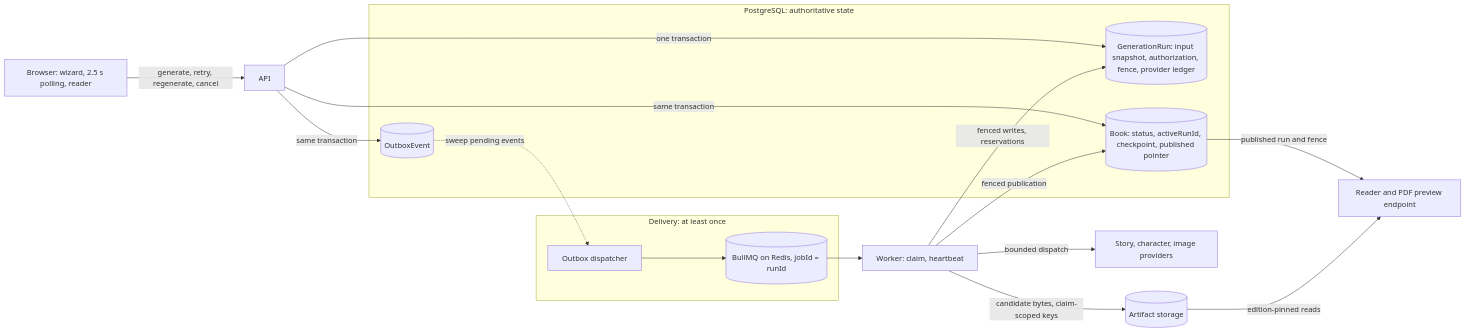
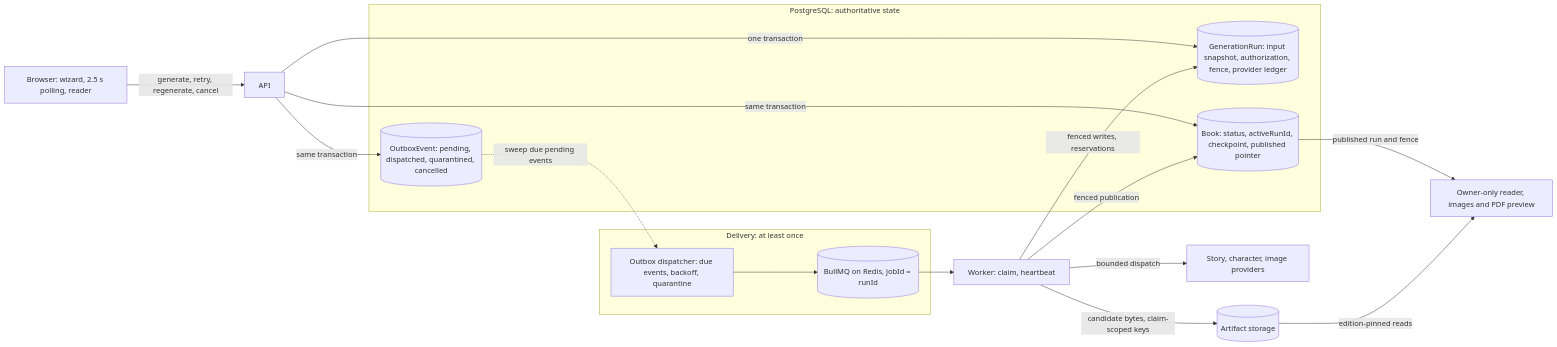
Before and after one commit to AlexTikhon/ai-agent_StoryMe: the first of 2 diagrams in docs/generation-case-study.md, drawn with Mermaid. The commit also changed other lines of this file and 8 other files, not shown here.

````diff
--- a/docs/generation-case-study.md
+++ b/docs/generation-case-study.md
@@ -23,23 +29,23 @@
 ```mermaid
 flowchart LR
   B["Browser: wizard, 2.5 s polling, reader"] -->|"generate, retry, regenerate, cancel"| API["API"]
   subgraph PG["PostgreSQL: authoritative state"]
     RUN[("GenerationRun: input snapshot, authorization, fence, provider ledger")]
-    OB[("OutboxEvent")]
+    OB[("OutboxEvent: pending, dispatched, quarantined, cancelled")]
     BOOK[("Book: status, activeRunId, checkpoint, published pointer")]
   end
   API -->|"one transaction"| RUN
   API -->|"same transaction"| OB
   API -->|"same transaction"| BOOK
   subgraph DEL["Delivery: at least once"]
-    D["Outbox dispatcher"] --> Q[("BullMQ on Redis, jobId = runId")]
+    D["Outbox dispatcher: due events, backoff, quarantine"] --> Q[("BullMQ on Redis, jobId = runId")]
   end
-  OB -.->|"sweep pending events"| D
+  OB -.->|"sweep due pending events"| D
   Q --> W["Worker: claim, heartbeat"]
   W -->|"fenced writes, reservations"| RUN
   W -->|"bounded dispatch"| P["Story, character, image providers"]
   W -->|"candidate bytes, claim-scoped keys"| S[("Artifact storage")]
   W -->|"fenced publication"| BOOK
-  BOOK -->|"published run and fence"| R["Reader and PDF preview endpoint"]
+  BOOK -->|"published run and fence"| R["Owner-only reader, images and PDF preview"]
   S -->|"edition-pinned reads"| R
 ```
````
